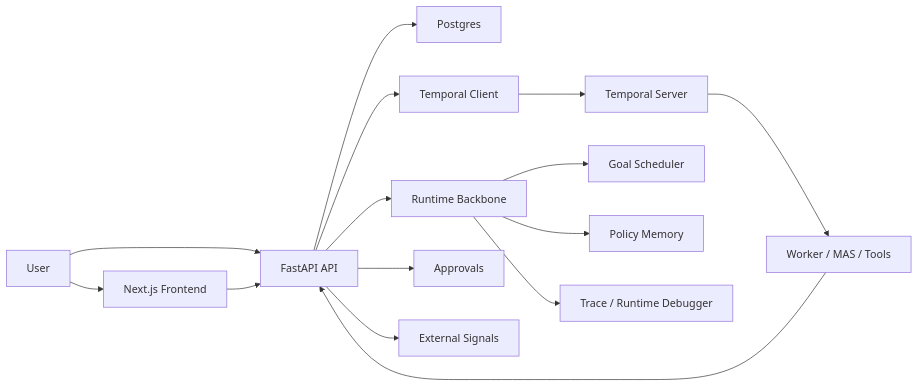
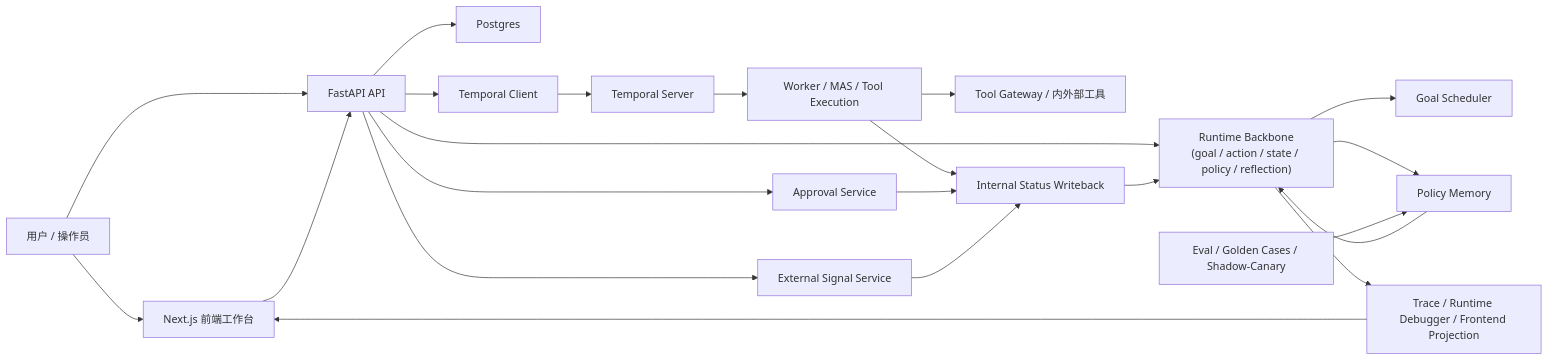
Before and after one commit to djc-jpg/xh-helper: the diagram in README.md, drawn with Mermaid. The commit also changed other lines of this file and 8 other files, not shown here.

````diff
--- a/README.md
+++ b/README.md
@@ -87,20 +126,29 @@
 ```mermaid
 flowchart LR
-    U["User"] --> FE["Next.js Frontend"]
+    U["用户 / 操作员"] --> FE["Next.js 前端工作台"]
     U --> API["FastAPI API"]
     FE --> API
 
-    API --> PG["Postgres"]
+    API --> RT["Runtime Backbone\n(goal / action / state / policy / reflection)"]
+    RT --> GS["Goal Scheduler"]
+    RT --> PM["Policy Memory"]
+
+    API --> DB["Postgres"]
     API --> TC["Temporal Client"]
     TC --> TS["Temporal Server"]
-    TS --> WK["Worker / MAS / Tools"]
+    TS --> WK["Worker / MAS / Tool Execution"]
 
-    API --> RT["Runtime Backbone"]
-    RT --> GS["Goal Scheduler"]
-    RT --> PM["Policy Memory"]
-    RT --> TR["Trace / Runtime Debugger"]
+    WK --> TOOL["Tool Gateway / 内外部工具"]
+    API --> AP["Approval Service"]
+    API --> ES["External Signal Service"]
 
-    WK --> API
-    API --> AP["Approvals"]
-    API --> ES["External Signals"]
+    WK --> IS["Internal Status Writeback"]
+    AP --> IS
+    ES --> IS
+    IS --> RT
+    RT --> TRACE["Trace / Runtime Debugger / Frontend Projection"]
+    TRACE --> FE
+
+    EVAL["Eval / Golden Cases / Shadow-Canary"] --> PM
+    PM --> RT
 ```
````
